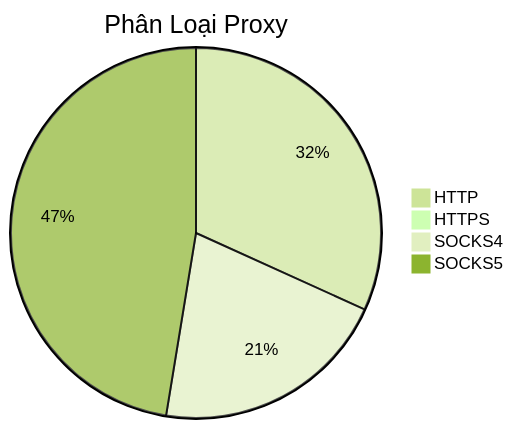
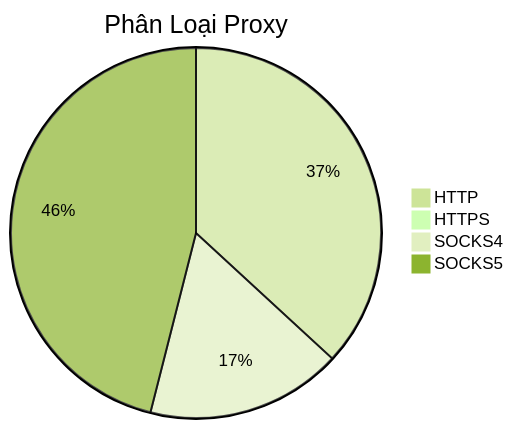
Before and after one commit to Ciara-12/PROXY-free: the diagram in README.md, drawn with Mermaid (forest theme). The commit also changed other lines of this file and 4 other files, not shown here.

````diff
--- a/README.md
+++ b/README.md
@@ -26,7 +26,7 @@
 ```mermaid
 pie title Phân Loại Proxy
-    "HTTP" : 571
-    "HTTPS" : 0
-    "SOCKS4" : 374
-    "SOCKS5" : 852
+    "HTTP" : 726
+    "HTTPS" : 1
+    "SOCKS4" : 337
+    "SOCKS5" : 907
 ```
````
